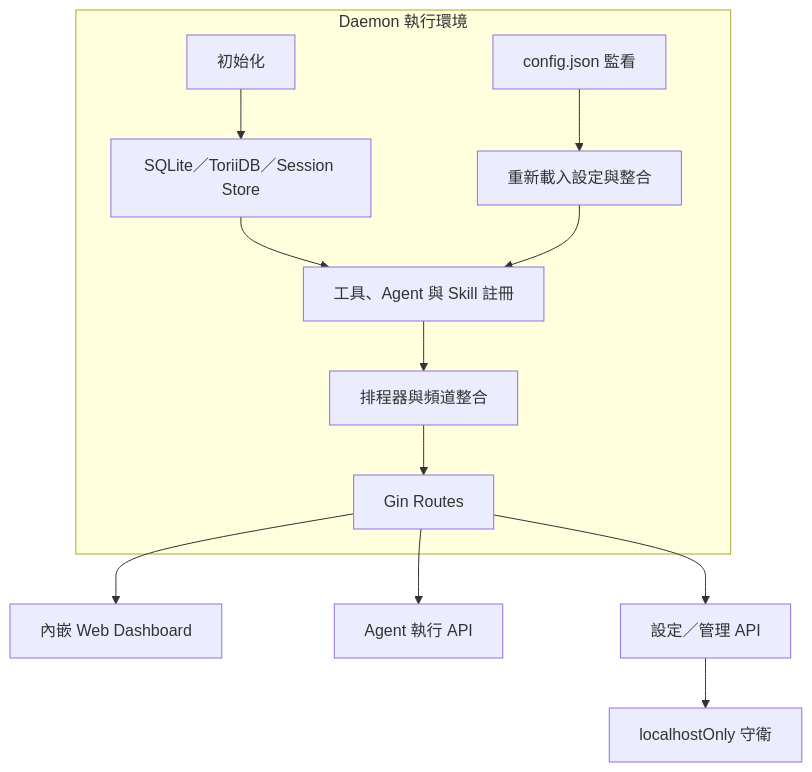
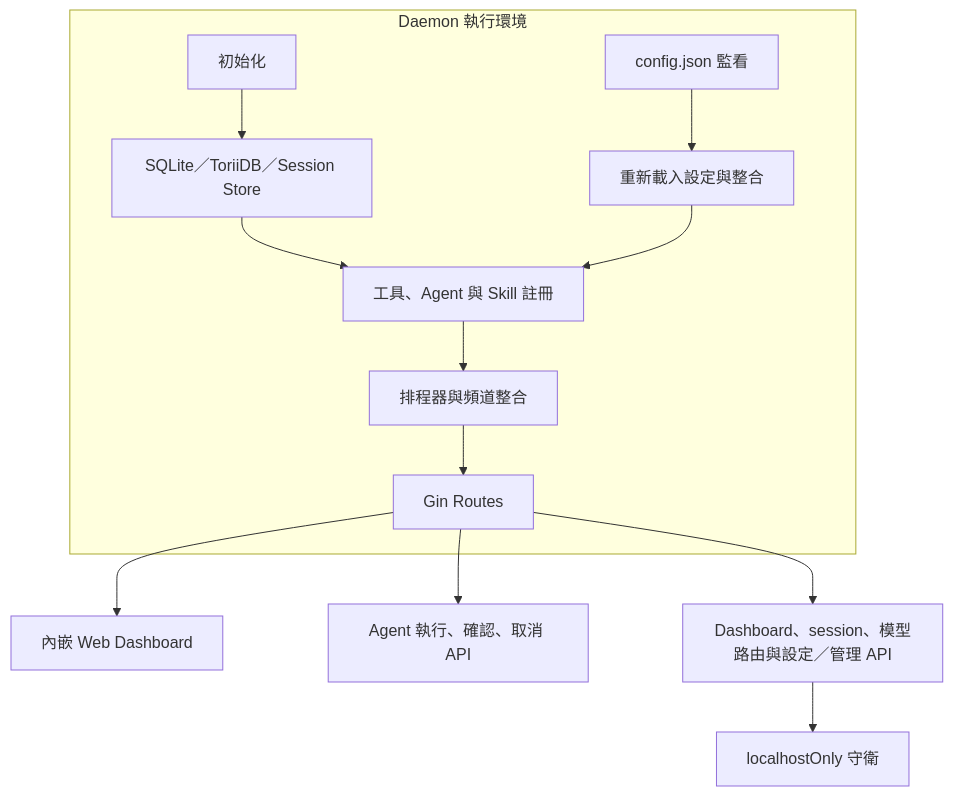
One commit to agenvoy/Agenvoy changed the third of 9 diagrams in doc/architecture.zh.md. Above: the diagram before and after it, drawn with Mermaid. The commit also changed other lines of this file and 3 other files, not shown here.

Commit message:
doc: Update architecture and runtime documentation

````diff
--- a/doc/architecture.zh.md
+++ b/doc/architecture.zh.md
@@ -52,15 +54,15 @@
 ```mermaid
 graph TB
     subgraph Daemon[Daemon 執行環境]
         Init[初始化] --> Store[SQLite／ToriiDB／Session Store]
         Store --> Register[工具、Agent 與 Skill 註冊]
         Register --> Services[排程器與頻道整合]
         Services --> Routes[Gin Routes]
         Config[config.json 監看] --> Reload[重新載入設定與整合]
         Reload --> Register
     end
     Routes --> Dashboard[內嵌 Web Dashboard]
-    Routes --> ExecAPI[Agent 執行 API]
-    Routes --> ConfigAPI[設定／管理 API]
+    Routes --> ExecAPI[Agent 執行、確認、取消 API]
+    Routes --> ConfigAPI[Dashboard、session、模型路由與設定／管理 API]
     ConfigAPI --> LocalGuard[localhostOnly 守衛]
 ```
````
